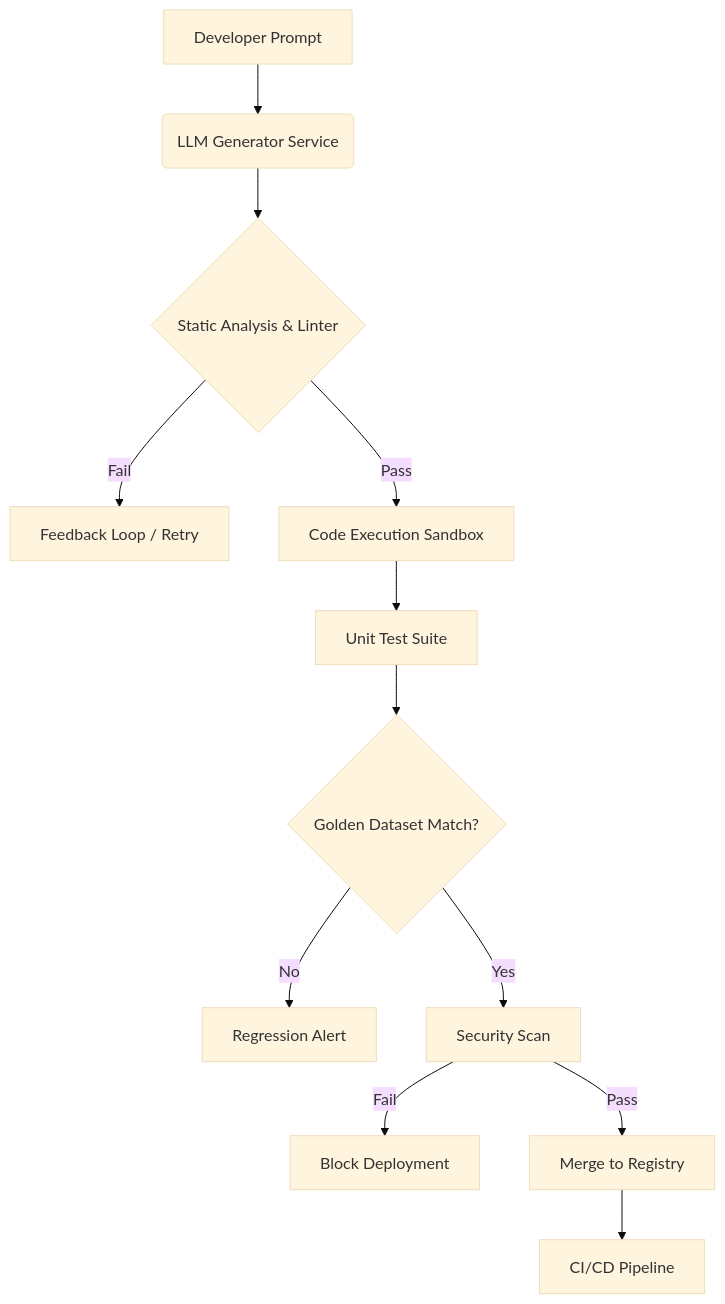
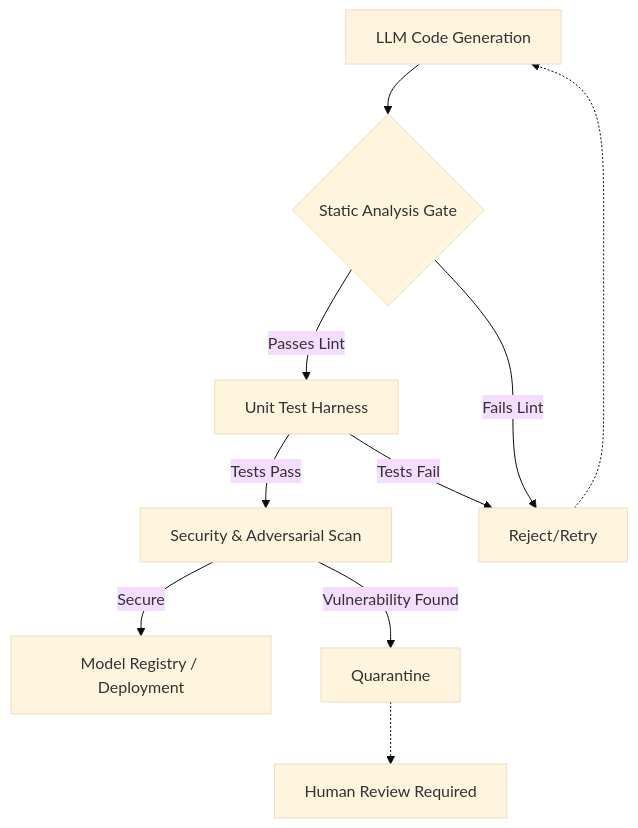
The diagram in src/content/blog/testing-ai-generated-code-strategies-for-reliable-machine-learning-pipelines.md (govindtank/govindtank.github.io), drawn with Mermaid (base theme) before and after one commit. The commit also changed other lines of this file and 117 other files, not shown here.

````diff
--- a/src/content/blog/testing-ai-generated-code-strategies-for-reliable-machine-learning-pipelines.md
+++ b/src/content/blog/testing-ai-generated-code-strategies-for-reliable-machine-learning-pipelines.md
@@ -30,14 +32,12 @@
 ```mermaid
 graph TD
-    A[Developer Prompt] --> B(LLM Generator Service)
-    B --> C{Static Analysis & Linter}
-    C -- Fail --> D[Feedback Loop / Retry]
-    C -- Pass --> E[Code Execution Sandbox]
-    E --> F[Unit Test Suite]
-    F --> G{Golden Dataset Match?}
-    G -- No --> H[Regression Alert]
-    G -- Yes --> I[Security Scan]
-    I -- Fail --> J[Block Deployment]
-    I -- Pass --> K[Merge to Registry]
-    K --> L[CI/CD Pipeline]
+    A[LLM Code Generation] --> B{Static Analysis Gate}
+    B -->|Passes Lint| C[Unit Test Harness]
+    B -->|Fails Lint| D[Reject/Retry]
+    C -->|Tests Pass| E[Security & Adversarial Scan]
+    C -->|Tests Fail| D
+    E -->|Secure| F[Model Registry / Deployment]
+    E -->|Vulnerability Found| G[Quarantine]
+    D -.-> A
+    G -.-> H[Human Review Required]
 ```
````
